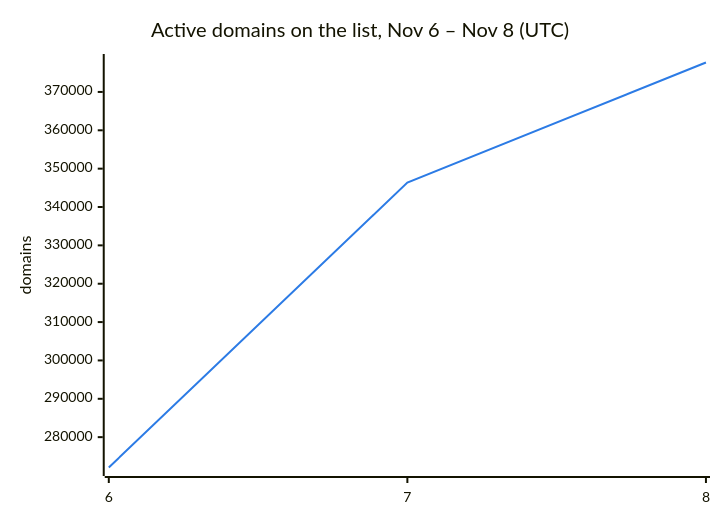
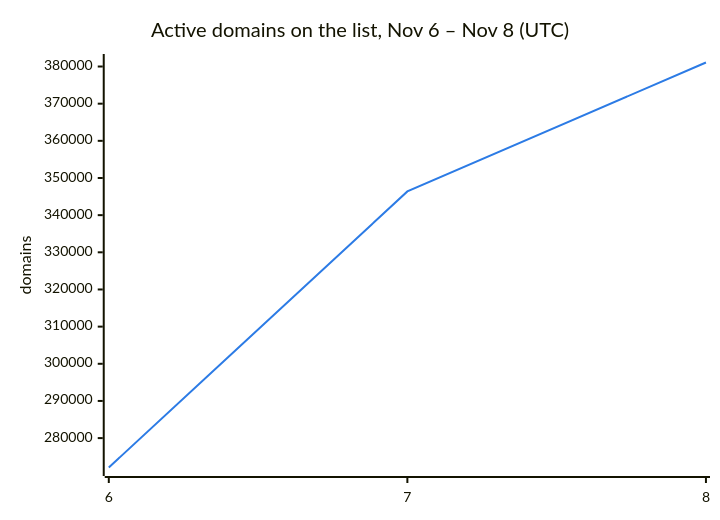
Before and after one commit to DNSBunker/CTI: the second of 3 diagrams in README.md, drawn with Mermaid. The commit also changed other lines of this file and 3 other files, not shown here.

````diff
--- a/README.md
+++ b/README.md
@@ -38,8 +38,8 @@
 ```mermaid
 %%{init: {"themeVariables": {"xyChart": {"plotColorPalette": "#2c7be5"}}}}%%
 xychart-beta
     title "Active domains on the list, Nov 6 – Nov 8 (UTC)"
     x-axis ["6", "7", "8"]
     y-axis "domains"
-    line [272088, 346388, 377676]
+    line [272088, 346388, 381081]
 ```
````
